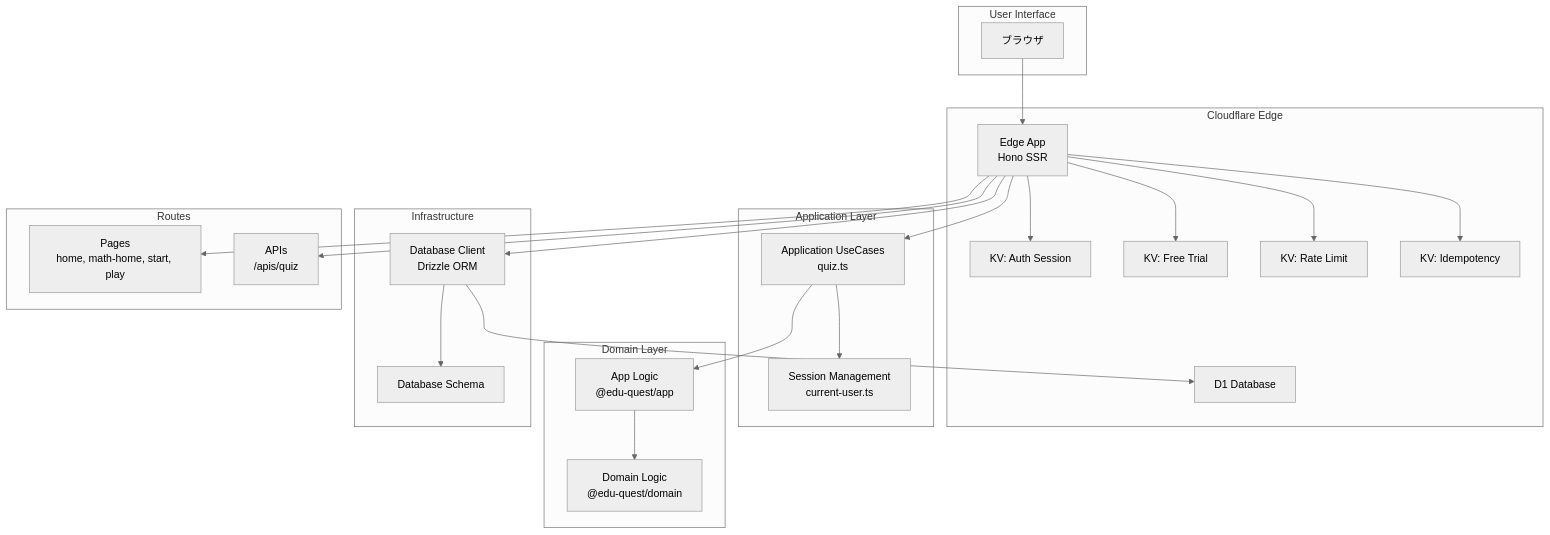
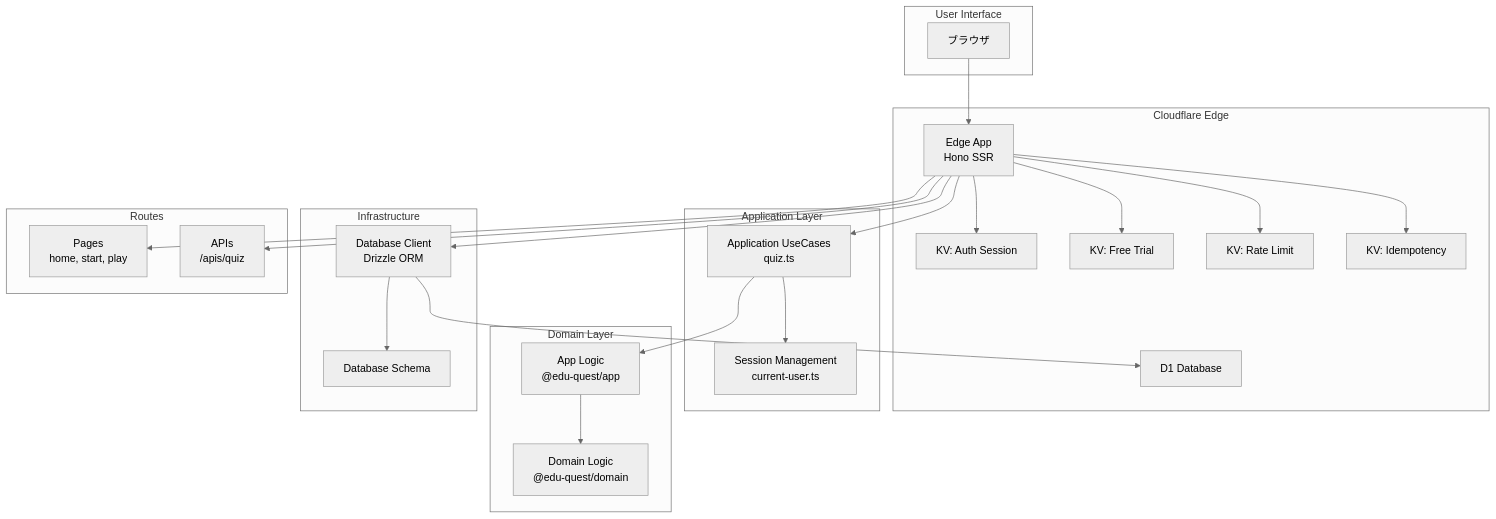
Before and after one commit to tqer39/edu-quest: the first of 5 diagrams in docs/AGENTS.ja.md, drawn with Mermaid (neutral theme). The commit also changed 5 other files, not shown here.

Commit message:
Align MathQuest entry flow with ClockQuest

````diff
--- a/docs/AGENTS.ja.md
+++ b/docs/AGENTS.ja.md
@@ -43,50 +43,50 @@
 ```mermaid
 graph TB
     subgraph "User Interface"
         Browser[ブラウザ]
     end
 
     subgraph "Cloudflare Edge"
         EdgeApp[Edge App<br/>Hono SSR]
         KV_Session[KV: Auth Session]
         KV_Trial[KV: Free Trial]
         KV_Rate[KV: Rate Limit]
         KV_Idempotency[KV: Idempotency]
         D1[D1 Database]
     end
 
     subgraph "Application Layer"
         UseCases[Application UseCases<br/>quiz.ts]
         Session[Session Management<br/>current-user.ts]
     end
 
     subgraph "Domain Layer"
         DomainLogic[Domain Logic<br/>@edu-quest/domain]
         AppLogic[App Logic<br/>@edu-quest/app]
     end
 
     subgraph "Infrastructure"
         Database[Database Client<br/>Drizzle ORM]
         Schema[Database Schema]
     end
 
     subgraph "Routes"
-        Pages[Pages<br/>home, math-home, start, play]
+        Pages[Pages<br/>home, start, play]
         APIs[APIs<br/>/apis/quiz]
     end
 
     Browser --> EdgeApp
     EdgeApp --> Pages
     EdgeApp --> APIs
     EdgeApp --> UseCases
     UseCases --> AppLogic
     UseCases --> Session
     AppLogic --> DomainLogic
     EdgeApp --> KV_Session
     EdgeApp --> KV_Trial
     EdgeApp --> KV_Rate
     EdgeApp --> KV_Idempotency
     EdgeApp --> Database
     Database --> D1
     Database --> Schema
 ```
````
